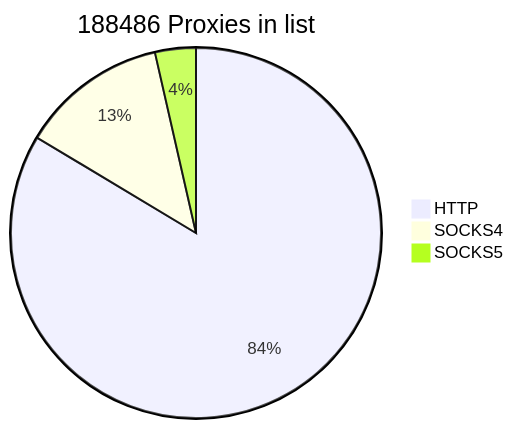
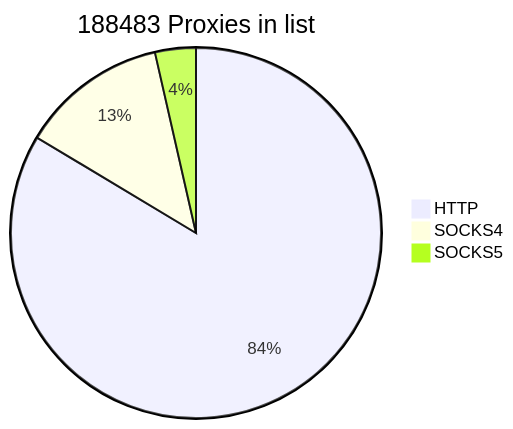
The first of 2 diagrams in README.md (cutipu/proxylist), drawn with Mermaid before and after one commit. The commit also changed other lines of this file, not shown here.

````diff
--- a/README.md
+++ b/README.md
@@ -2,7 +2,7 @@
 ```mermaid
-pie title 188486 Proxies in list
-    "HTTP" : 157580
-    "SOCKS4" : 24195
-    "SOCKS5" : 6711
+pie title 188483 Proxies in list
+    "HTTP" : 157579
+    "SOCKS4" : 24194
+    "SOCKS5" : 6710
             
 ```
````
